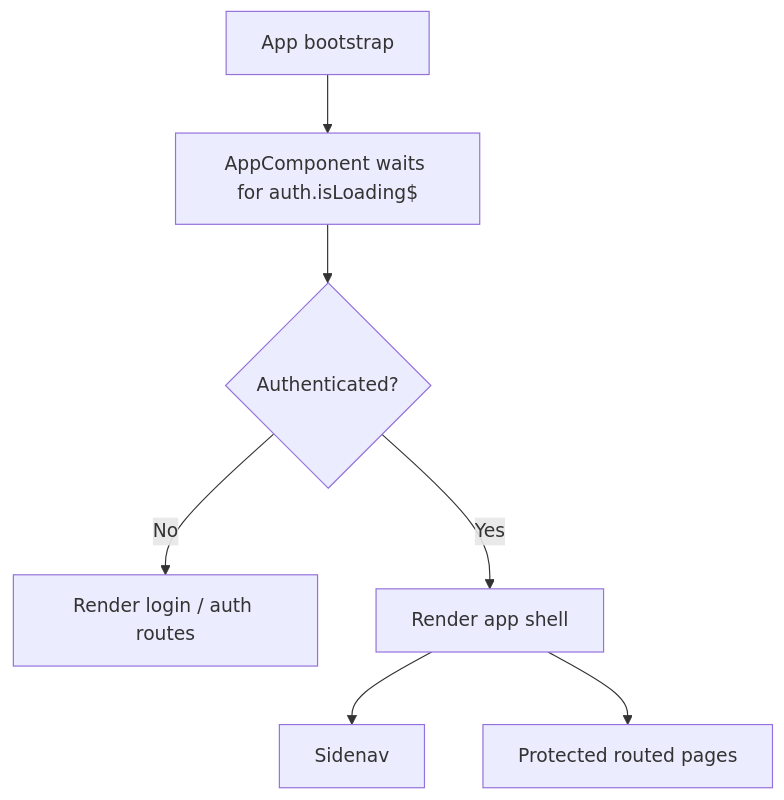
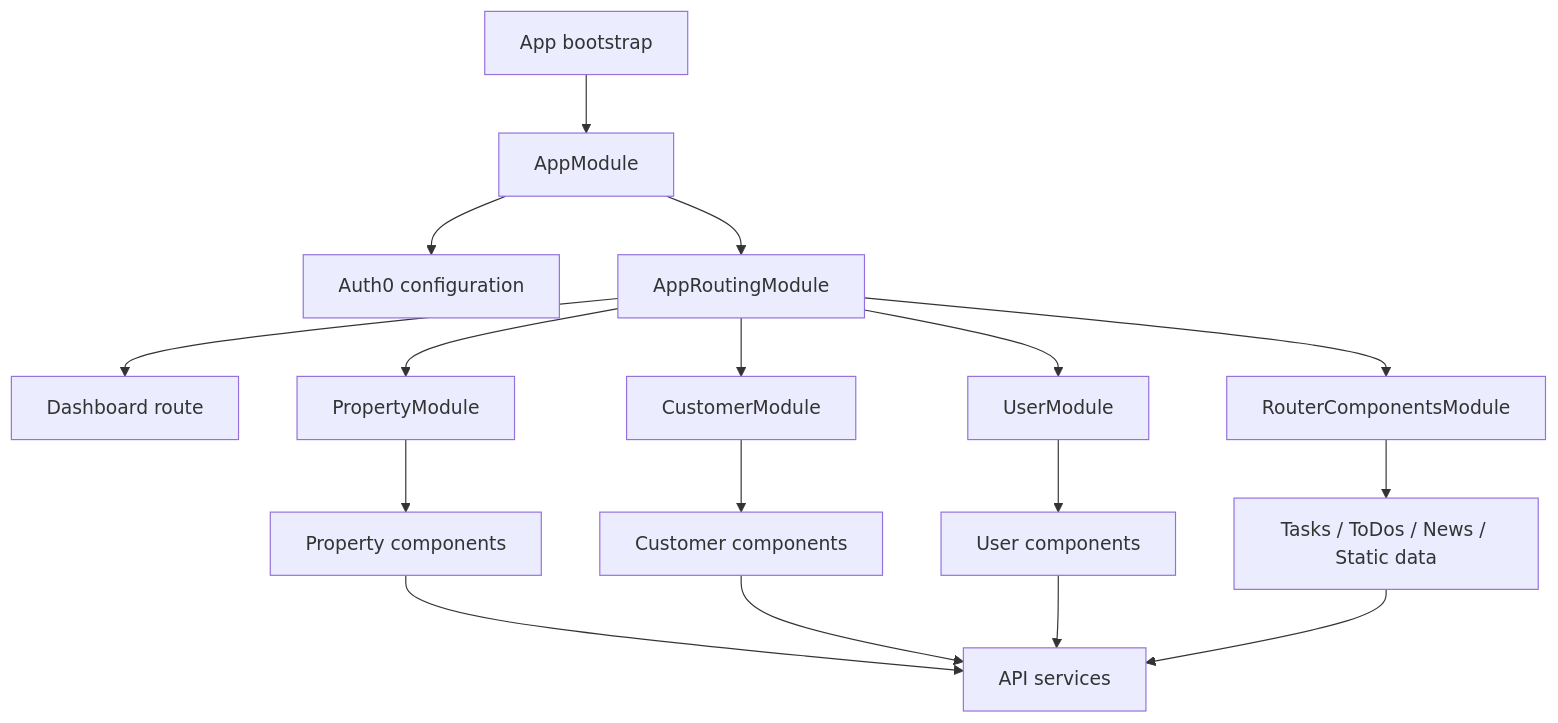
The first of 2 diagrams in README.md (Goncalo-Correia/picaporte-backoffice-frontend), drawn with Mermaid before and after one commit. The commit also changed other lines of this file, not shown here.

````diff
--- a/README.md
+++ b/README.md
@@ -127,9 +85,19 @@
 ```mermaid
 flowchart TD
-    A["App bootstrap"] --> B["AppComponent waits for auth.isLoading$"]
-    B --> C{"Authenticated?"}
-    C -- "No" --> D["Render login / auth routes"]
-    C -- "Yes" --> E["Render app shell"]
-    E --> F["Sidenav"]
-    E --> G["Protected routed pages"]
+    A["App bootstrap"] --> B["AppModule"]
+    B --> C["Auth0 configuration"]
+    B --> D["AppRoutingModule"]
+    D --> E["Dashboard route"]
+    D --> F["PropertyModule"]
+    D --> G["CustomerModule"]
+    D --> H["UserModule"]
+    D --> I["RouterComponentsModule"]
+    F --> J["Property components"]
+    G --> K["Customer components"]
+    H --> L["User components"]
+    I --> M["Tasks / ToDos / News / Static data"]
+    J --> N["API services"]
+    K --> N
+    L --> N
+    M --> N
 ```
````
